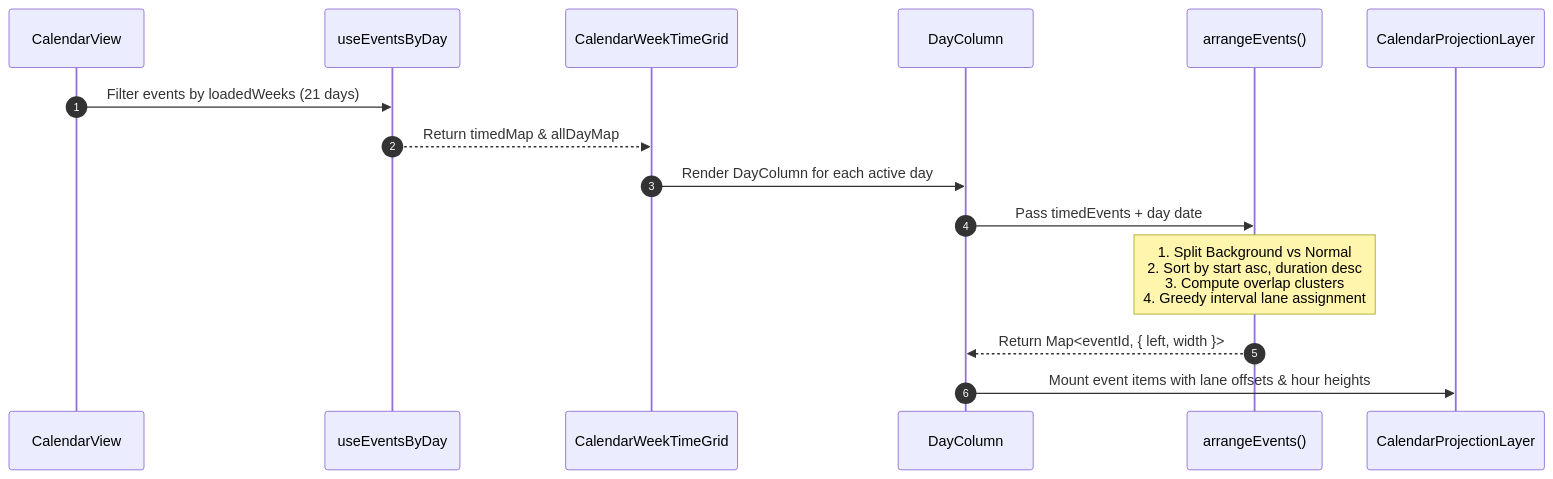
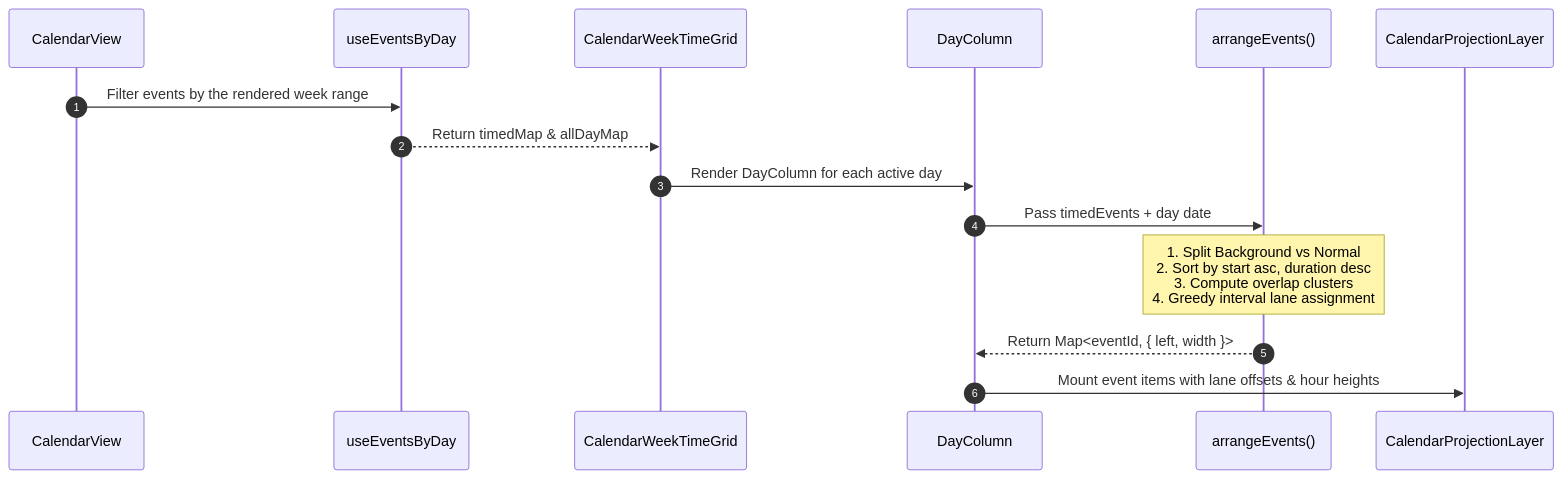
Before and after one commit to nico-hrw/tide: the first of 2 diagrams in web/docs/calendar/DESKTOP_CALENDAR_ENGINE.md, drawn with Mermaid. The commit also changed other lines of this file and 2 other files, not shown here.

Commit message:
docs(web): describe the virtual week window

````diff
--- a/web/docs/calendar/DESKTOP_CALENDAR_ENGINE.md
+++ b/web/docs/calendar/DESKTOP_CALENDAR_ENGINE.md
@@ -319,18 +314,18 @@
 ```mermaid
 sequenceDiagram
     autonumber
     participant CV as CalendarView
     participant EBD as useEventsByDay
     participant WTG as CalendarWeekTimeGrid
     participant DC as DayColumn
     participant AE as arrangeEvents()
     participant PL as CalendarProjectionLayer
 
-    CV->>EBD: Filter events by loadedWeeks (21 days)
+    CV->>EBD: Filter events by the rendered week range
     EBD-->>WTG: Return timedMap & allDayMap
     WTG->>DC: Render DayColumn for each active day
     DC->>AE: Pass timedEvents + day date
     Note over AE: 1. Split Background vs Normal<br/>2. Sort by start asc, duration desc<br/>3. Compute overlap clusters<br/>4. Greedy interval lane assignment
     AE-->>DC: Return Map<eventId, { left, width }>
     DC->>PL: Mount event items with lane offsets & hour heights
 ```
````
